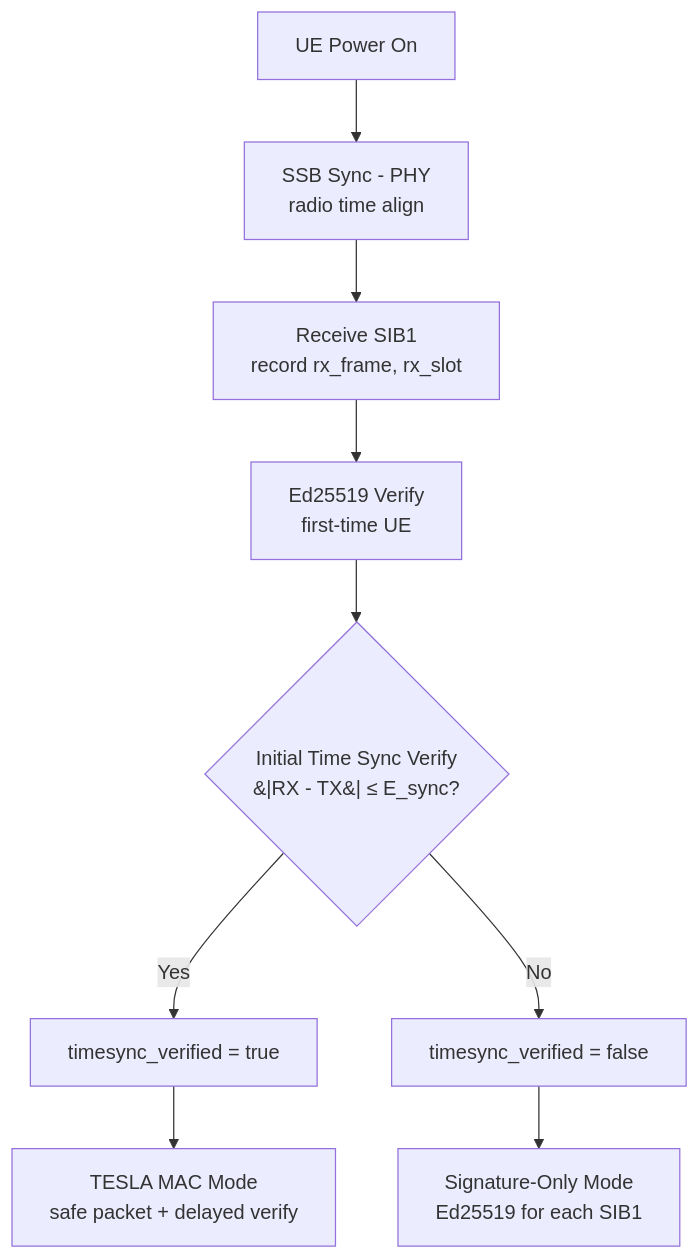
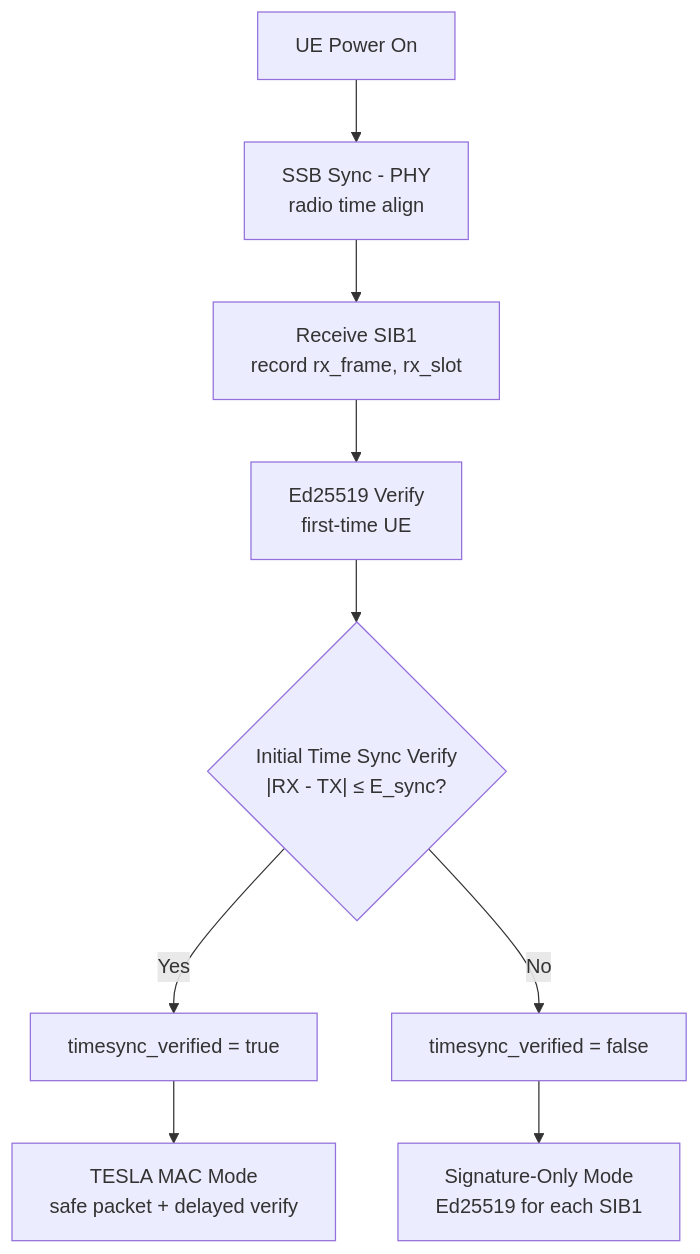
The diagram in doc-tf5/time-sync.md (ssubinsong/oai-tf5), drawn with Mermaid before and after one commit.

````diff
--- a/doc-tf5/time-sync.md
+++ b/doc-tf5/time-sync.md
@@ -300,11 +300,11 @@
 ```mermaid
 flowchart TD
     A[UE Power On] --> B[SSB Sync - PHY<br/>radio time align]
     B --> C[Receive SIB1<br/>record rx_frame, rx_slot]
     C --> D[Ed25519 Verify<br/>first-time UE]
-    D --> E{Initial Time Sync Verify<br/>&#124;RX - TX&#124; ≤ E_sync?}
+    D --> E{Initial Time Sync Verify<br/>#124;RX - TX#124; ≤ E_sync?}
     E -->|Yes| F[timesync_verified = true]
     E -->|No| G[timesync_verified = false]
     F --> H[TESLA MAC Mode<br/>safe packet + delayed verify]
     G --> I[Signature-Only Mode<br/>Ed25519 for each SIB1]
 ```
````
